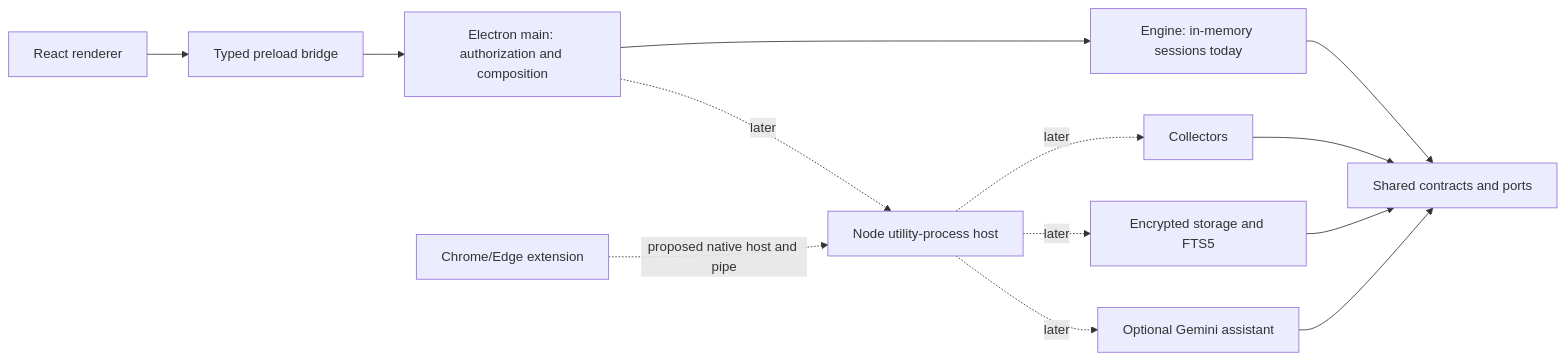
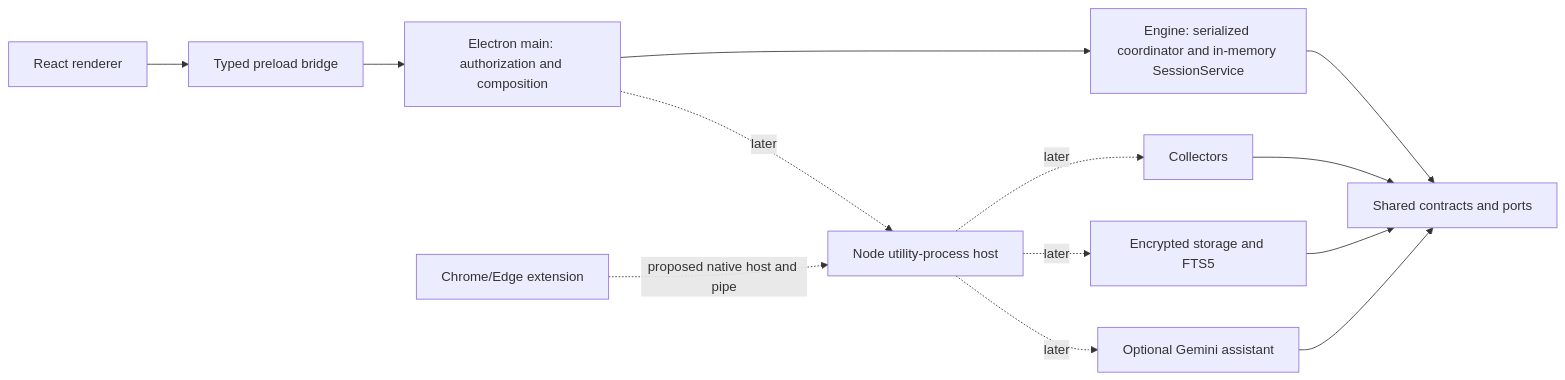
The first of 3 diagrams in docs/architecture.md (abdu3061/Rewind), drawn with Mermaid before and after one commit. The commit also changed other lines of this file and 17 other files, not shown here.

````diff
--- a/docs/architecture.md
+++ b/docs/architecture.md
@@ -7,15 +9,15 @@
 ```mermaid
 flowchart LR
   R[React renderer] --> P[Typed preload bridge]
   P --> M[Electron main: authorization and composition]
-  M --> E[Engine: in-memory sessions today]
+  M --> E[Engine: serialized coordinator and in-memory SessionService]
   M -. later .-> U[Node utility-process host]
   U -. later .-> C[Collectors]
   U -. later .-> S[Encrypted storage and FTS5]
   U -. later .-> A[Optional Gemini assistant]
   E --> K[Shared contracts and ports]
   C --> K
   S --> K
   A --> K
   B[Chrome/Edge extension] -. proposed native host and pipe .-> U
 ```
````
